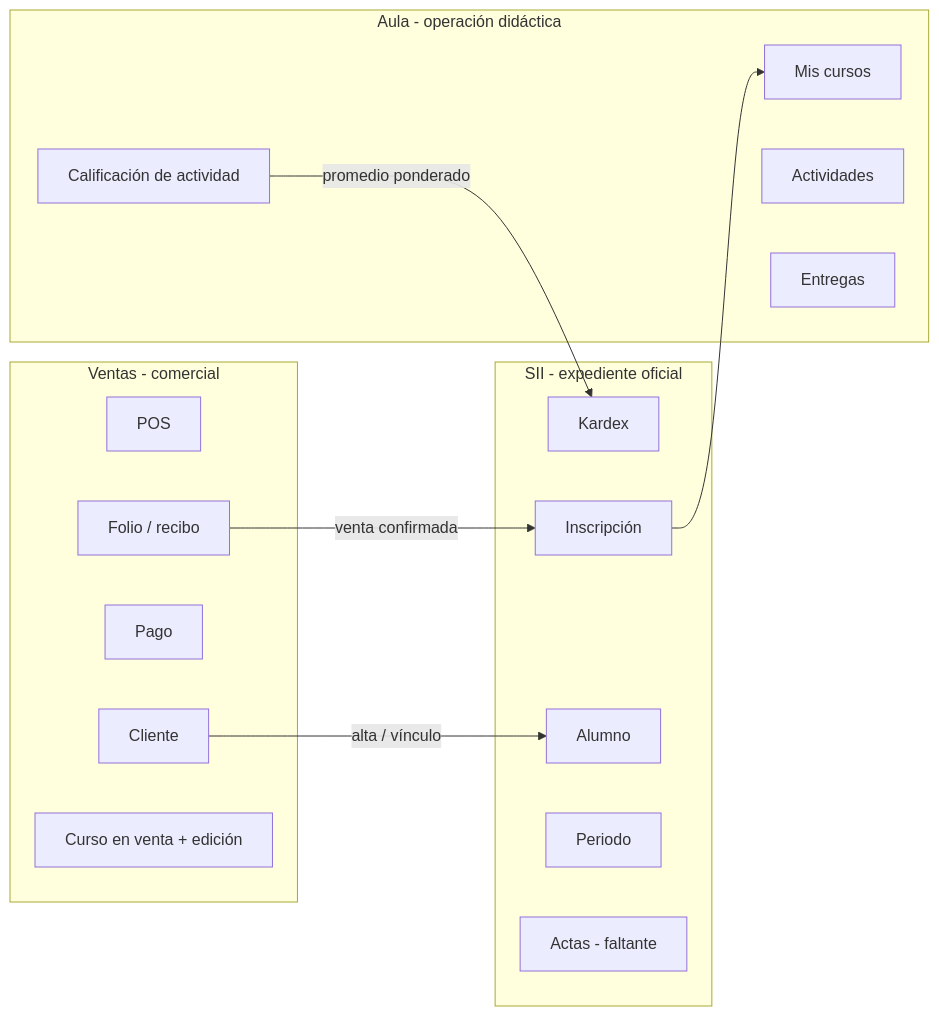
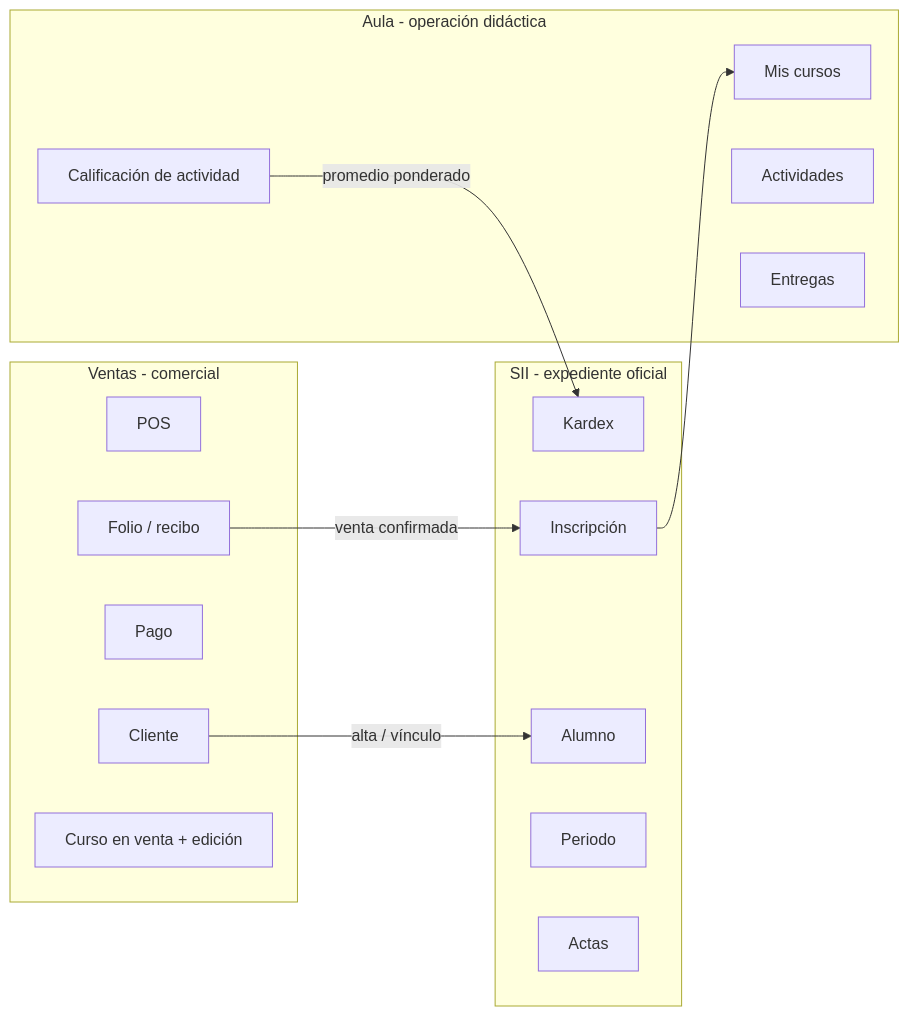
One commit to pablomillansotelo/sii-ingenio changed the diagram in sii-django/docs/roles-dominios-rbac.md. Above: the diagram before and after it, drawn with Mermaid. The commit also changed other lines of this file and 59 other files, not shown here.

````diff
--- a/sii-django/docs/roles-dominios-rbac.md
+++ b/sii-django/docs/roles-dominios-rbac.md
@@ -75,27 +77,27 @@
 ```mermaid
 flowchart LR
   subgraph ventas [Ventas - comercial]
     POS[POS]
     Folio[Folio / recibo]
     Pago[Pago]
     Cliente[Cliente]
     Oferta[Curso en venta + edición]
   end
   subgraph sii [SII - expediente oficial]
     Alumno[Alumno]
     Insc[Inscripción]
     Kardex[Kardex]
     Periodo[Periodo]
-    Acta[Actas - faltante]
+    Acta[Actas]
   end
   subgraph aula [Aula - operación didáctica]
     Grupo[Mis cursos]
     Act[Actividades]
     Ent[Entregas]
     Cal[Calificación de actividad]
   end
   Cliente -->|alta / vínculo| Alumno
   Folio -->|venta confirmada| Insc
   Cal -->|promedio ponderado| Kardex
   Insc --> Grupo
 ```
````
